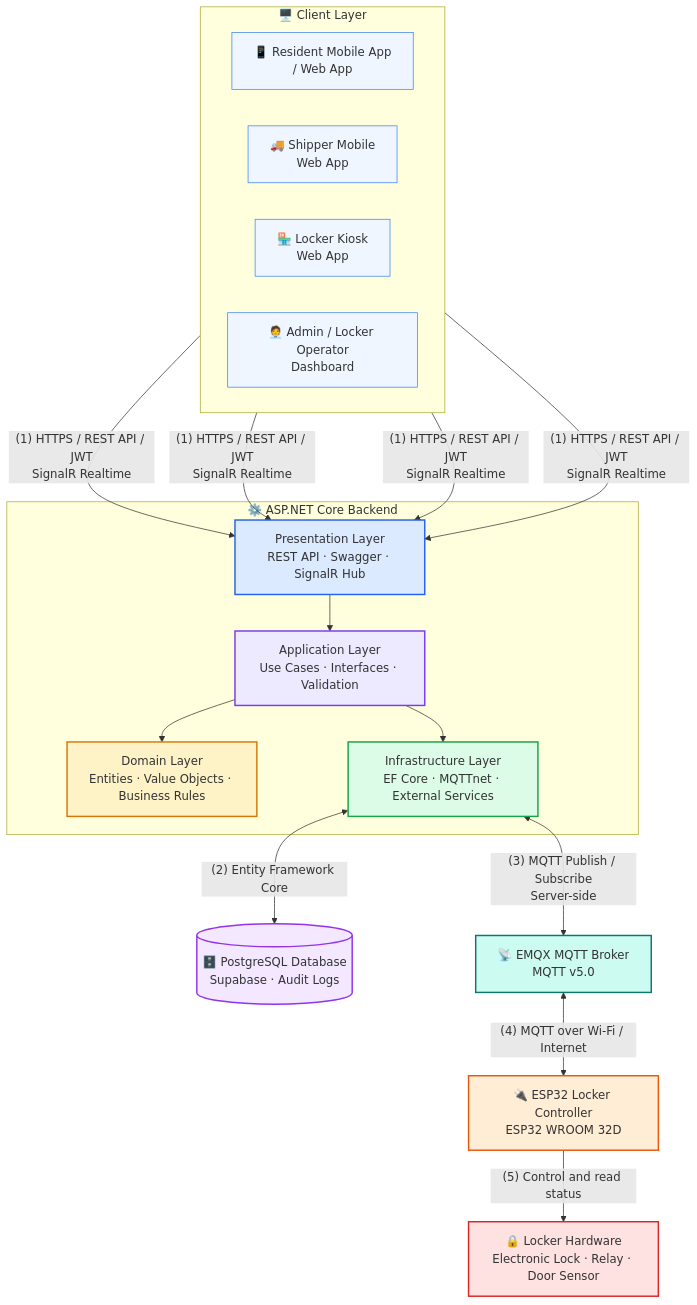
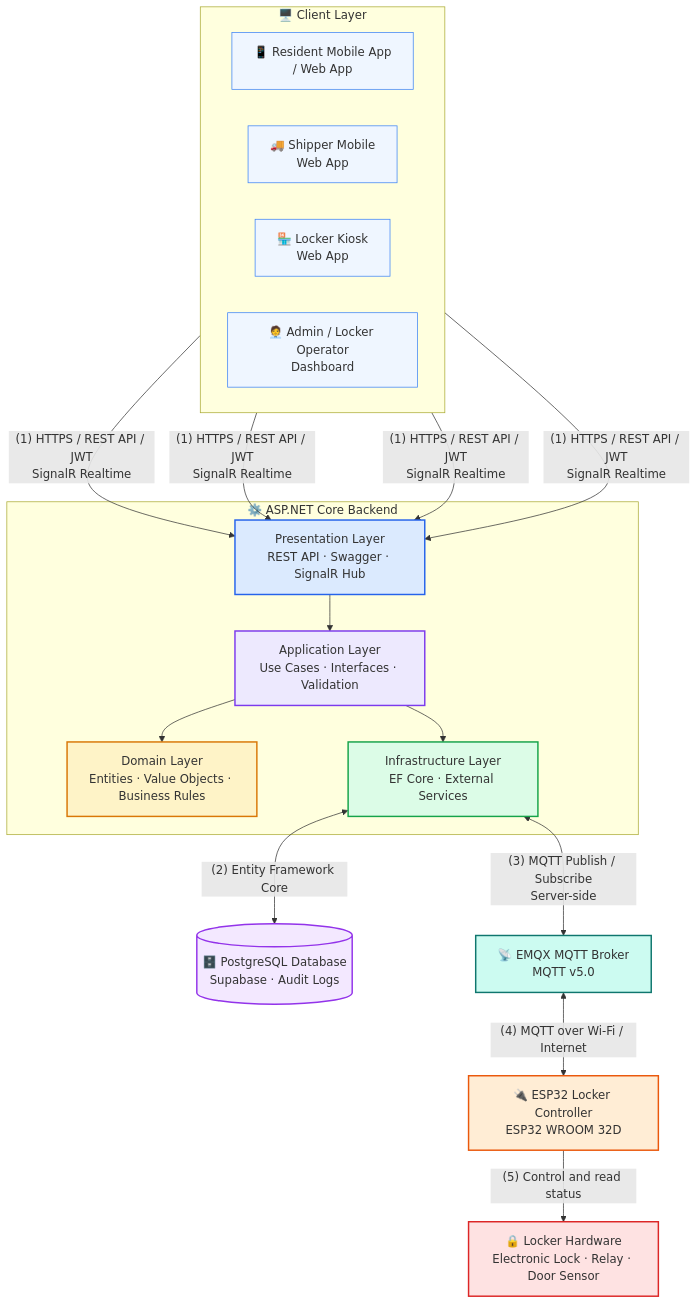
One commit to se-05-sdlms/smart-locking-be changed the diagram in README.md. Above: the diagram before and after it, drawn with Mermaid. The commit also changed other lines of this file and 1 other file, not shown here.

````diff
--- a/README.md
+++ b/README.md
@@ -155,49 +224,49 @@
 ```mermaid
 flowchart TD
     subgraph Clients["🖥️ Client Layer"]
         direction LR
         A["📱 Resident Mobile App<br/>/ Web App"]
         B["🚚 Shipper Mobile<br/>Web App"]
         C["🏪 Locker Kiosk<br/>Web App"]
         H["🧑‍💼 Admin / Locker Operator<br/>Dashboard"]
     end
 
     subgraph Backend["⚙️ ASP.NET Core Backend"]
         P["Presentation Layer<br/>REST API · Swagger · SignalR Hub"]
         AP["Application Layer<br/>Use Cases · Interfaces · Validation"]
         D["Domain Layer<br/>Entities · Value Objects · Business Rules"]
-        I["Infrastructure Layer<br/>EF Core · MQTTnet · External Services"]
+        I["Infrastructure Layer<br/>EF Core · External Services"]
     end
 
     DB[("🗄️ PostgreSQL Database<br/>Supabase · Audit Logs")]
     E["📡 EMQX MQTT Broker<br/>MQTT v5.0"]
     F["🔌 ESP32 Locker Controller<br/>ESP32 WROOM 32D"]
     G["🔒 Locker Hardware<br/>Electronic Lock · Relay · Door Sensor"]
 
     A -->|"(1) HTTPS / REST API / JWT<br/>SignalR Realtime"| P
     B -->|"(1) HTTPS / REST API / JWT<br/>SignalR Realtime"| P
     C -->|"(1) HTTPS / REST API / JWT<br/>SignalR Realtime"| P
     H -->|"(1) HTTPS / REST API / JWT<br/>SignalR Realtime"| P
 
     P --> AP
     AP --> D
     AP --> I
 
     I <-->|"(2) Entity Framework Core"| DB
     I <-->|"(3) MQTT Publish / Subscribe<br/>Server-side"| E
     E <-->|"(4) MQTT over Wi-Fi / Internet"| F
     F -->|"(5) Control and read status"| G
 
     style P fill:#dbeafe,stroke:#2563eb,stroke-width:2px
     style AP fill:#ede9fe,stroke:#7c3aed,stroke-width:2px
     style D fill:#fef3c7,stroke:#d97706,stroke-width:2px
     style I fill:#dcfce7,stroke:#16a34a,stroke-width:2px
     style E fill:#ccfbf1,stroke:#0f766e,stroke-width:2px
     style F fill:#ffedd5,stroke:#ea580c,stroke-width:2px
     style G fill:#fee2e2,stroke:#dc2626,stroke-width:2px
     style DB fill:#f3e8ff,stroke:#9333ea,stroke-width:2px
     style A fill:#eff6ff,stroke:#3b82f6
     style B fill:#eff6ff,stroke:#3b82f6
     style C fill:#eff6ff,stroke:#3b82f6
     style H fill:#eff6ff,stroke:#3b82f6
 ```
````
